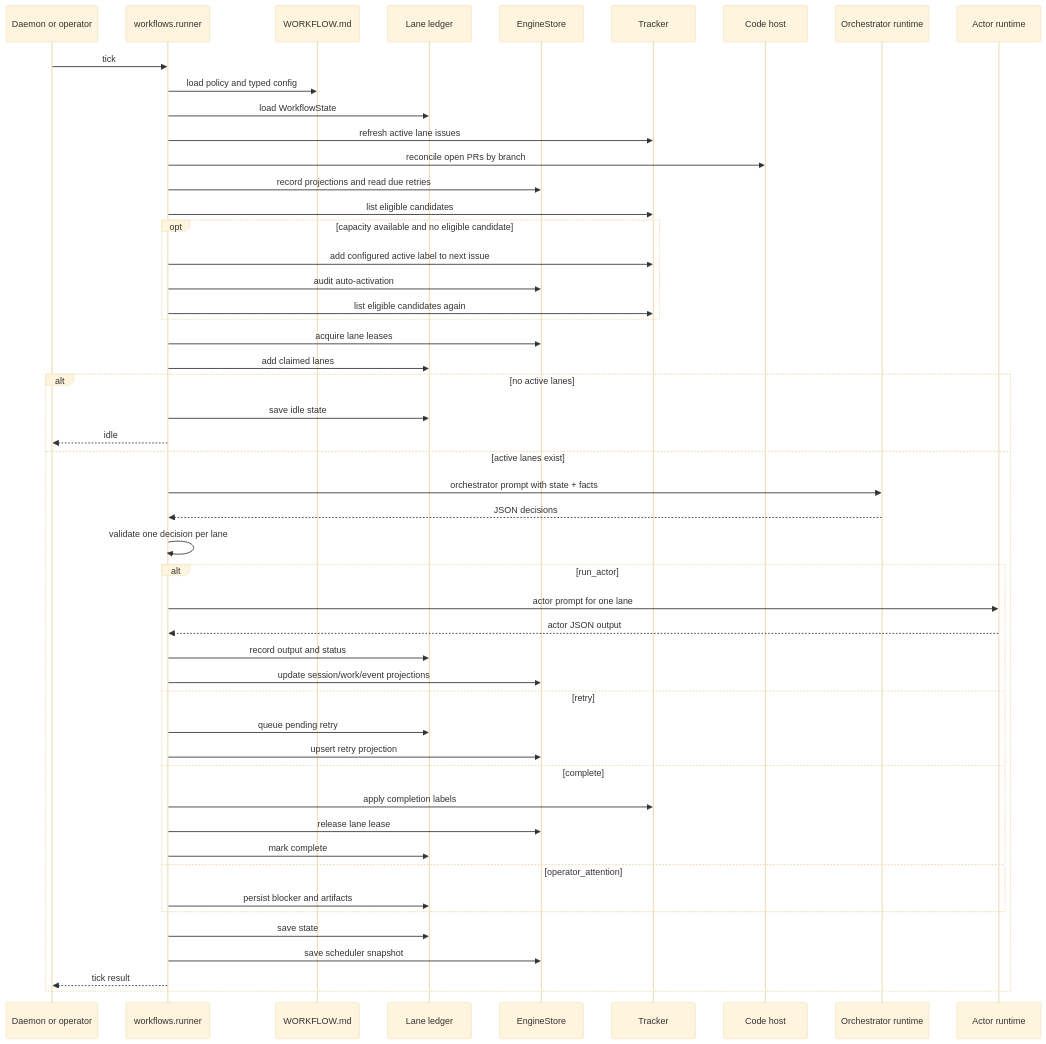
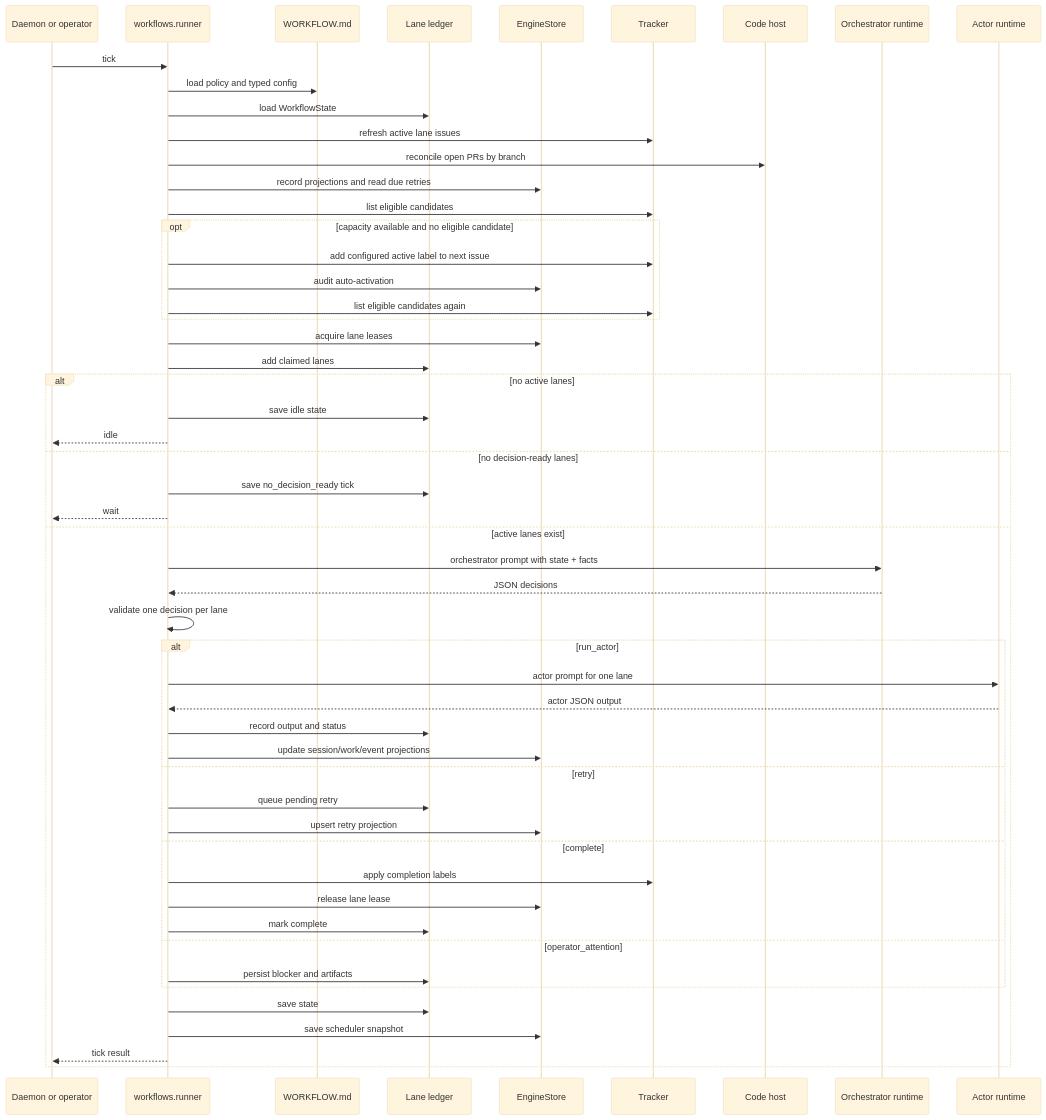
One commit to moustafattia/daedalus changed the third of 8 diagrams in docs/architecture.md. Above: the diagram before and after it, drawn with Mermaid (base theme). The commit also changed other lines of this file and 6 other files, not shown here.

````diff
--- a/docs/architecture.md
+++ b/docs/architecture.md
@@ -266,53 +267,56 @@
 ```mermaid
 sequenceDiagram
     participant D as Daemon or operator
     participant R as workflows.runner
     participant C as WORKFLOW.md
     participant L as Lane ledger
     participant E as EngineStore
     participant T as Tracker
     participant H as Code host
     participant O as Orchestrator runtime
     participant A as Actor runtime
 
     D->>R: tick
     R->>C: load policy and typed config
     R->>L: load WorkflowState
     R->>T: refresh active lane issues
     R->>H: reconcile open PRs by branch
     R->>E: record projections and read due retries
     R->>T: list eligible candidates
     opt capacity available and no eligible candidate
         R->>T: add configured active label to next issue
         R->>E: audit auto-activation
         R->>T: list eligible candidates again
     end
     R->>E: acquire lane leases
     R->>L: add claimed lanes
     alt no active lanes
         R->>L: save idle state
         R-->>D: idle
+    else no decision-ready lanes
+        R->>L: save no_decision_ready tick
+        R-->>D: wait
     else active lanes exist
         R->>O: orchestrator prompt with state + facts
         O-->>R: JSON decisions
         R->>R: validate one decision per lane
         alt run_actor
             R->>A: actor prompt for one lane
             A-->>R: actor JSON output
             R->>L: record output and status
             R->>E: update session/work/event projections
         else retry
             R->>L: queue pending retry
             R->>E: upsert retry projection
         else complete
             R->>T: apply completion labels
             R->>E: release lane lease
             R->>L: mark complete
         else operator_attention
             R->>L: persist blocker and artifacts
         end
         R->>L: save state
         R->>E: save scheduler snapshot
         R-->>D: tick result
     end
 ```
````
